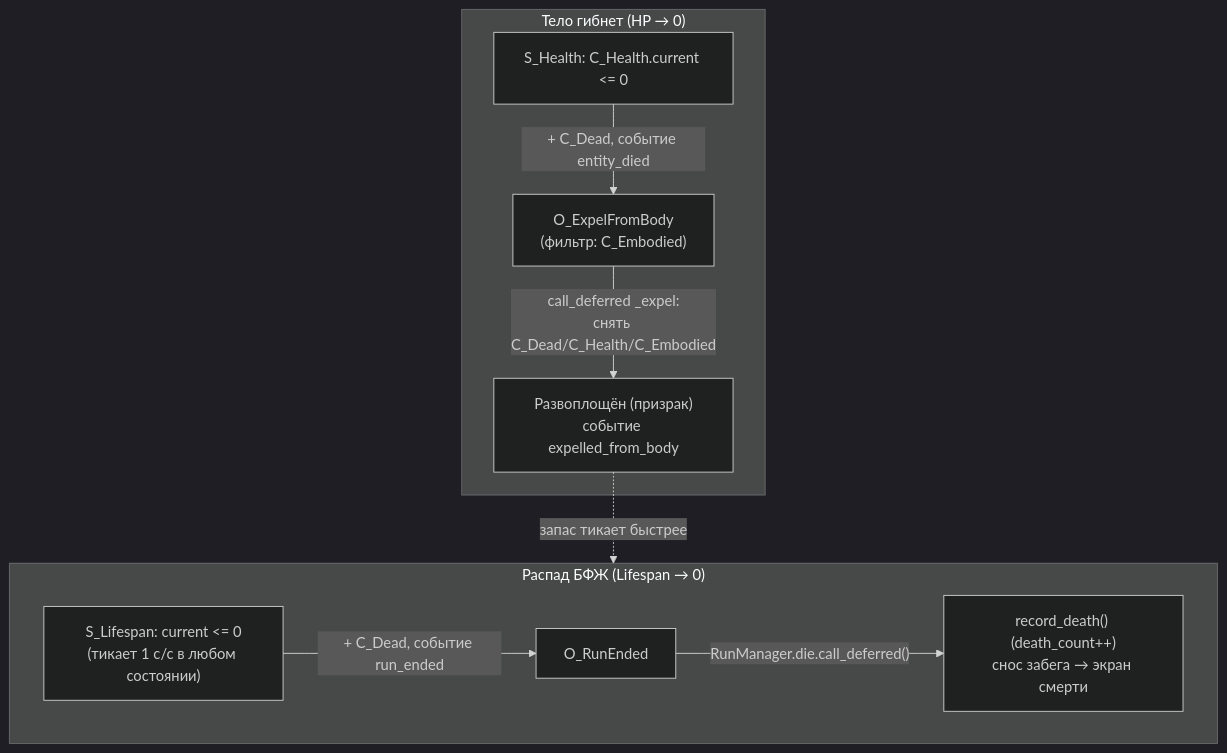
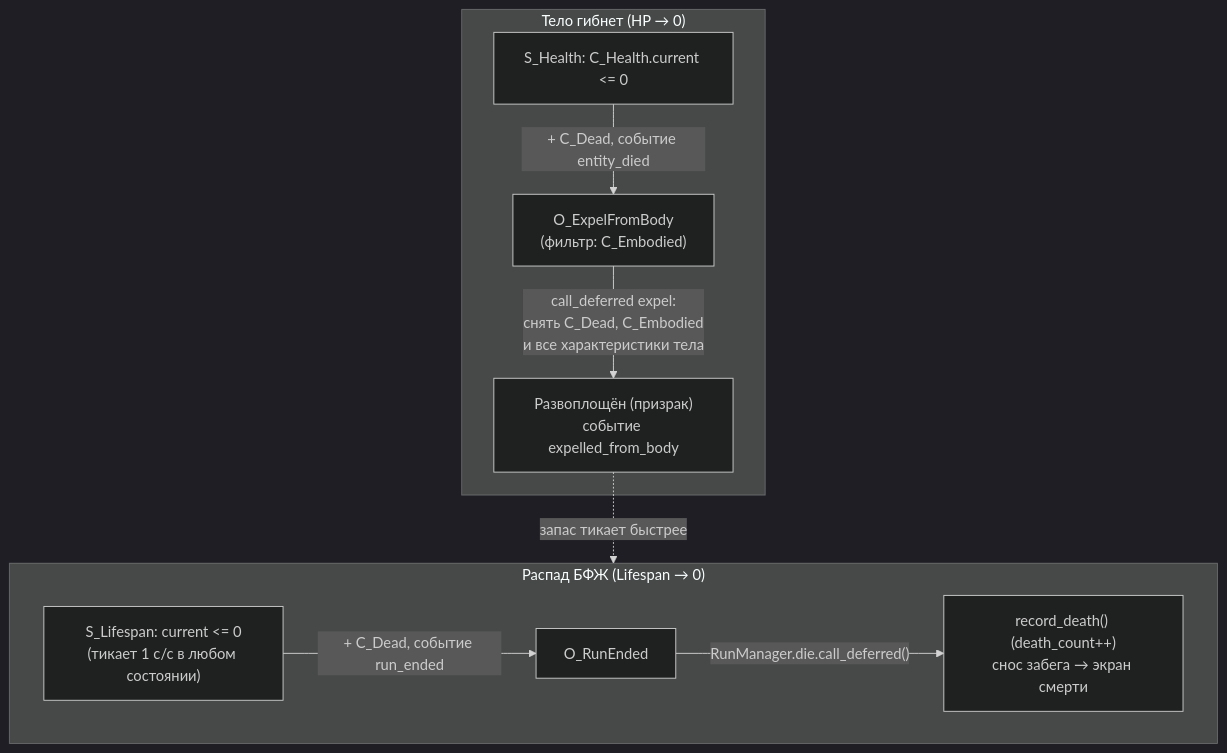
One commit to Manshooo/astral-genesis changed the second of 2 diagrams in docs/astral-genesis/how-to/Захват тела.md. Above: the diagram before and after it, drawn with Mermaid (dark theme). The commit also changed other lines of this file and 47 other files, not shown here.

````diff
--- a/docs/astral-genesis/how-to/Захват тела.md
+++ b/docs/astral-genesis/how-to/Захват тела.md
@@ -130,14 +172,14 @@
 ```mermaid
 flowchart TD
     subgraph body["Тело гибнет (HP → 0)"]
         h["S_Health: C_Health.current <= 0"] -->|"+ C_Dead, событие entity_died"| oe["O_ExpelFromBody<br/>(фильтр: C_Embodied)"]
-        oe -->|"call_deferred _expel:<br/>снять C_Dead/C_Health/C_Embodied"| ghost["Развоплощён (призрак)<br/>событие expelled_from_body"]
+        oe -->|"call_deferred expel:<br/>снять C_Dead, C_Embodied<br/>и все характеристики тела"| ghost["Развоплощён (призрак)<br/>событие expelled_from_body"]
     end
 
     subgraph decay["Распад БФЖ (Lifespan → 0)"]
         sl["S_Lifespan: current <= 0<br/>(тикает 1 с/с в любом состоянии)"] -->|"+ C_Dead, событие run_ended"| ore["O_RunEnded"]
         ore -->|"RunManager.die.call_deferred()"| die["record_death() (death_count++)<br/>снос забега → экран смерти"]
     end
 
     ghost -.->|"запас тикает быстрее"| decay
 ```
````
